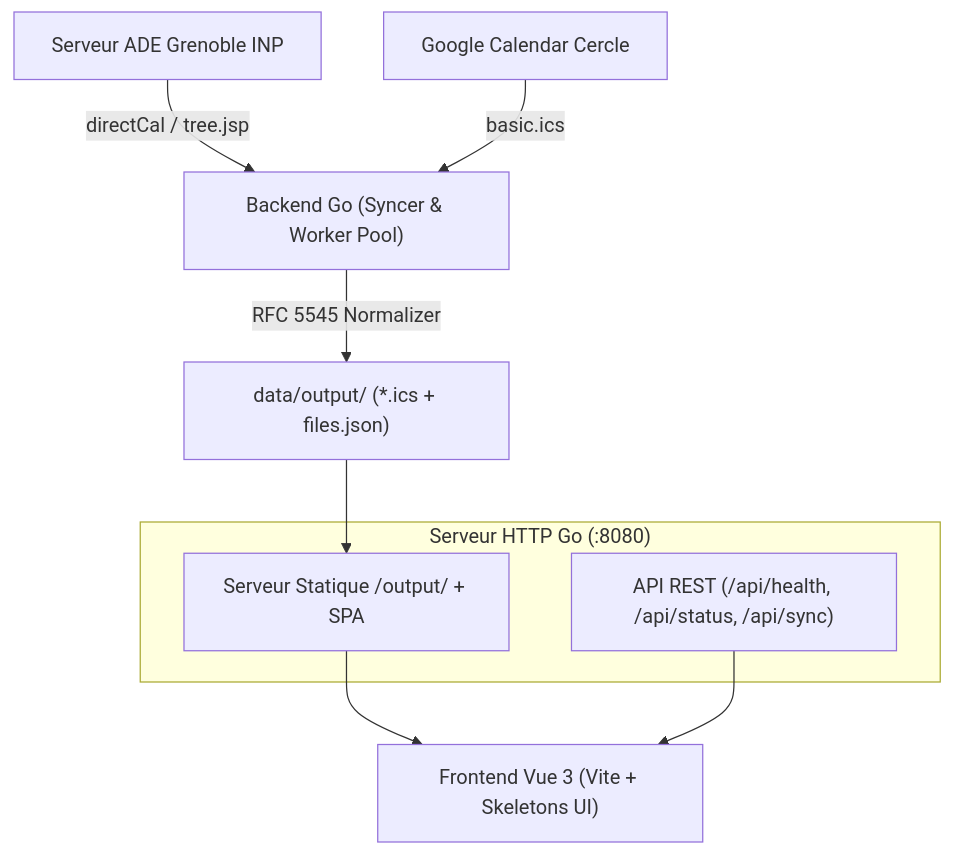
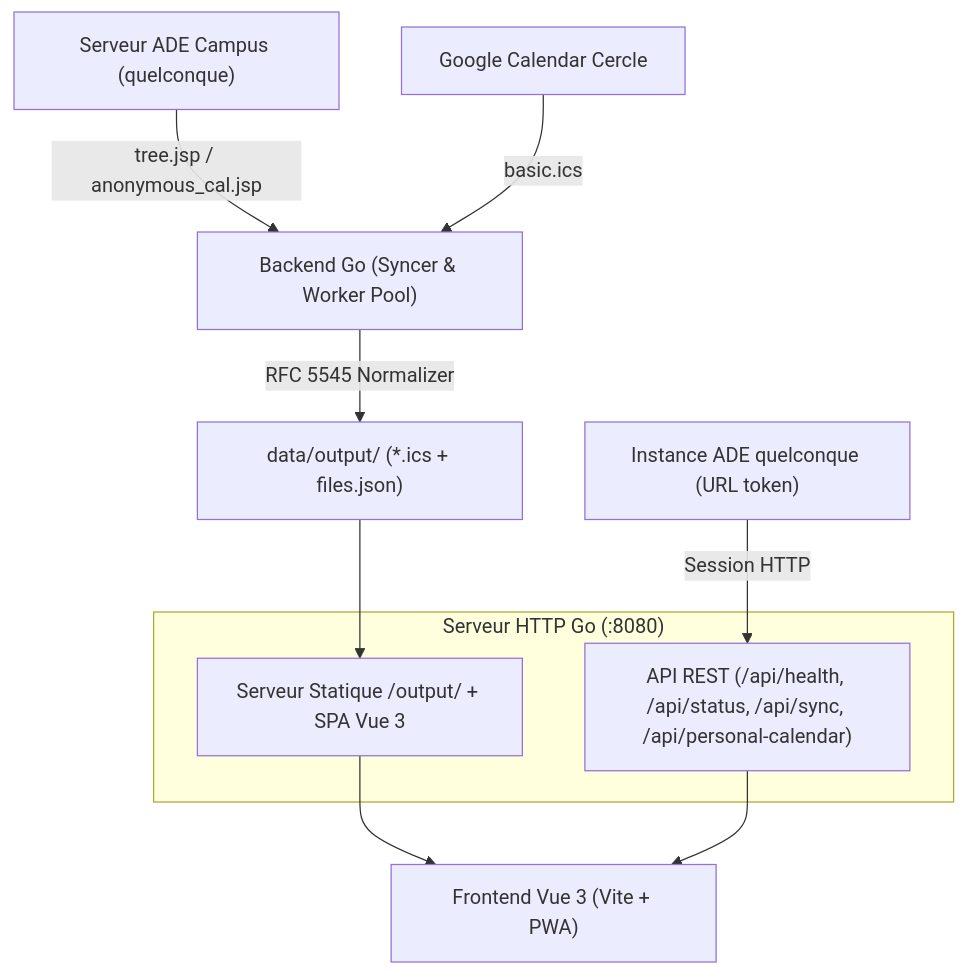
One commit to Rem7474/ICSExplorer changed the diagram in README.md. Above: the diagram before and after it, drawn with Mermaid. The commit also changed other lines of this file, not shown here.

Commit message:
docs(readme): full rewrite — générique multi-établissements, exploration ADE, couleurs déterministes, PWA icons, API personal-calendar

````diff
--- a/README.md
+++ b/README.md
@@ -39,15 +61,16 @@
 ```mermaid
 graph TD
-    ADE["Serveur ADE Grenoble INP"] -->|directCal / tree.jsp| Scraper["Backend Go (Syncer & Worker Pool)"]
+    ADE["Serveur ADE Campus (quelconque)"] -->|tree.jsp / anonymous_cal.jsp| Scraper["Backend Go (Syncer & Worker Pool)"]
     Cercle["Google Calendar Cercle"] -->|basic.ics| Scraper
     Scraper -->|RFC 5545 Normalizer| OutputDir["data/output/ (*.ics + files.json)"]
-    
+
     subgraph "Serveur HTTP Go (:8080)"
-        API["API REST (/api/health, /api/status, /api/sync)"]
-        StaticServer["Serveur Statique /output/ + SPA"]
+        API["API REST (/api/health, /api/status, /api/sync, /api/personal-calendar)"]
+        StaticServer["Serveur Statique /output/ + SPA Vue 3"]
     end
-    
+
     OutputDir --> StaticServer
-    StaticServer --> Frontend["Frontend Vue 3 (Vite + Skeletons UI)"]
+    StaticServer --> Frontend["Frontend Vue 3 (Vite + PWA)"]
     API --> Frontend
+    ADE2["Instance ADE quelconque (URL token)"] -->|Session HTTP| API
 ```
````
